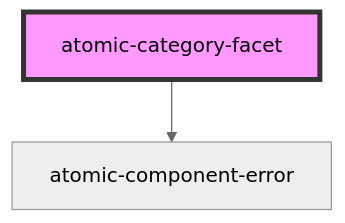
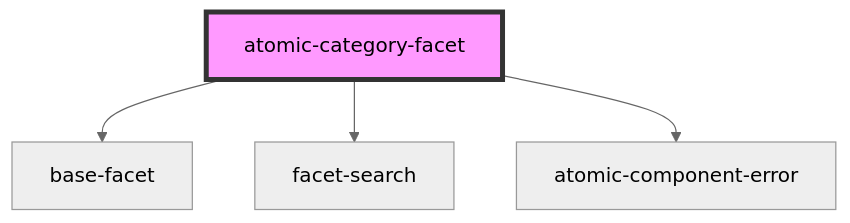
Before and after one commit to coveo/ui-kit: the diagram in packages/atomic/src/components/facets/atomic-category-facet/readme.md, drawn with Mermaid (neutral theme). The commit also changed other lines of this file and 8 other files, not shown here.

````diff
--- a/packages/atomic/src/components/facets/atomic-category-facet/readme.md
+++ b/packages/atomic/src/components/facets/atomic-category-facet/readme.md
@@ -24,5 +26,7 @@
 ```mermaid
 graph TD;
+  atomic-category-facet --> base-facet
+  atomic-category-facet --> facet-search
   atomic-category-facet --> atomic-component-error
   style atomic-category-facet fill:#f9f,stroke:#333,stroke-width:4px
 ```
````
